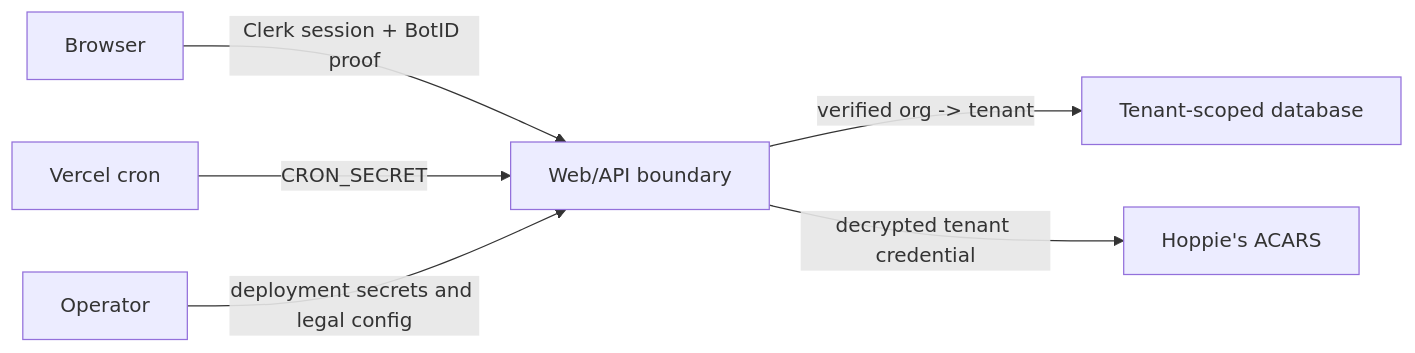
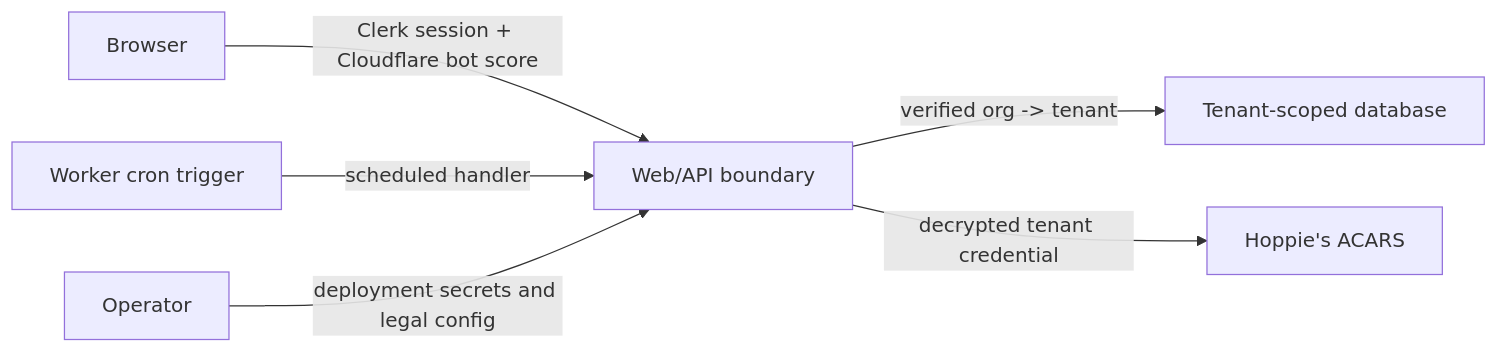
Before and after one commit to shiftbloom-studio/va-dispatcher: the diagram in wiki/Security-and-Privacy.md, drawn with Mermaid. The commit also changed other lines of this file and 37 other files, not shown here.

````diff
--- a/wiki/Security-and-Privacy.md
+++ b/wiki/Security-and-Privacy.md
@@ -7,8 +7,8 @@
 ```mermaid
 flowchart LR
-    B["Browser"] -->|"Clerk session + BotID proof"| W["Web/API boundary"]
+    B["Browser"] -->|"Clerk session + Cloudflare bot score"| W["Web/API boundary"]
     W -->|"verified org -> tenant"| D["Tenant-scoped database"]
     W -->|"decrypted tenant credential"| H["Hoppie's ACARS"]
-    V["Vercel cron"] -->|"CRON_SECRET"| W
+    V["Worker cron trigger"] -->|"scheduled handler"| W
     O["Operator"] -->|"deployment secrets and legal config"| W
 ```
````
